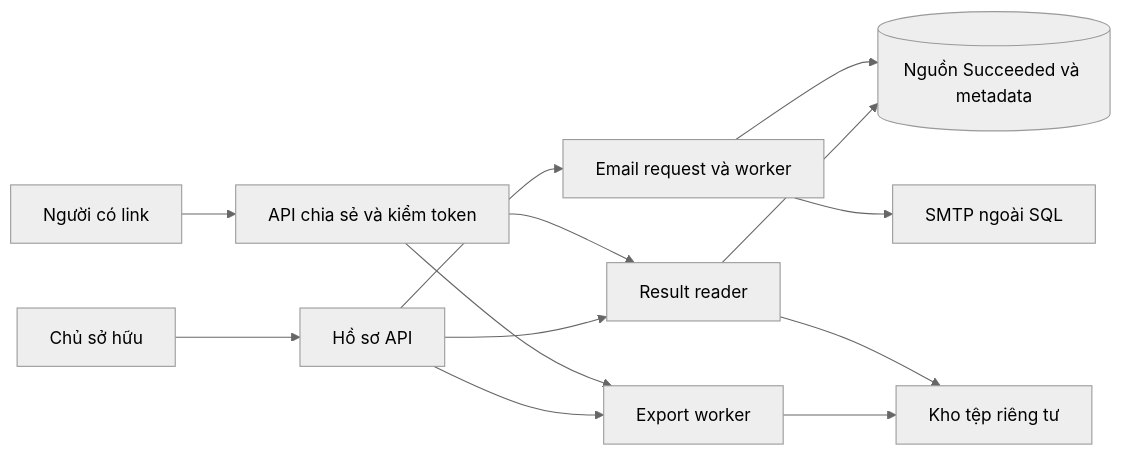
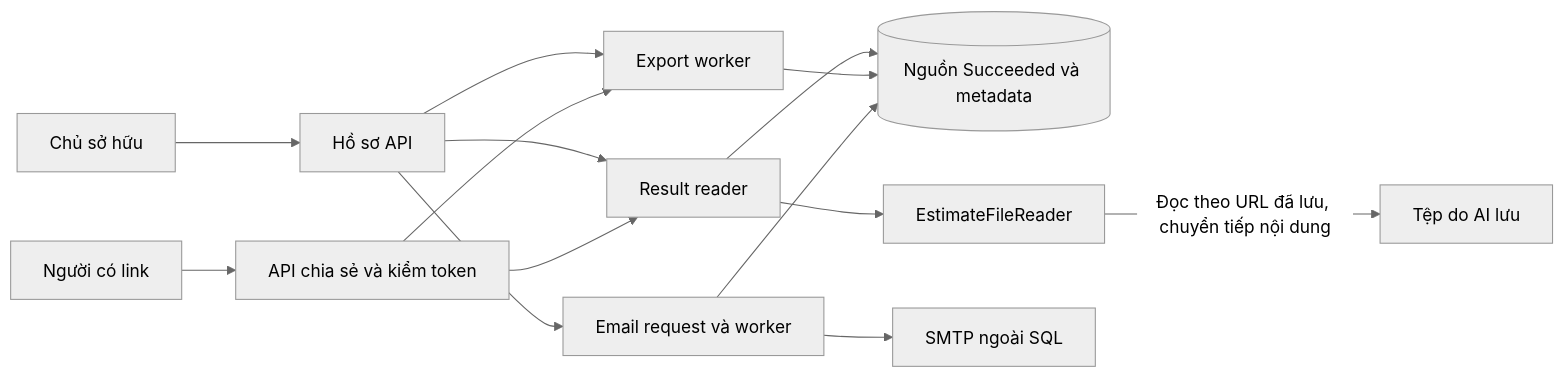
Before and after one commit to TaskCoper/bmt-documentation: the first of 5 diagrams in tdd/TDD-PROJ-003.md, drawn with Mermaid (neutral theme). The commit also changed other lines of this file and 25 other files, not shown here.

First line of the commit message:
docs: trả nợ tài liệu sau đợt 2 (CSRF, lưu URL cho PROJ/LIB, SUB, RBAC, PAY)

````diff
--- a/tdd/TDD-PROJ-003.md
+++ b/tdd/TDD-PROJ-003.md
@@ -93,15 +95,16 @@
 ```mermaid
 flowchart LR
     O[Chủ sở hữu] --> API[Hồ sơ API]
     V[Người có link] --> PUB[API chia sẻ và kiểm token]
     API --> R[Result reader]
     PUB --> R
     R --> DB[(Nguồn Succeeded và metadata)]
     API --> EX[Export worker]
     PUB --> EX
-    EX --> S[Kho tệp riêng tư]
-    R --> S
+    EX --> DB
+    R --> FR[EstimateFileReader]
+    FR -->|Đọc theo URL đã lưu, chuyển tiếp nội dung| S[Tệp do AI lưu]
     API --> EM[Email request và worker]
     EM --> SMTP[SMTP ngoài SQL]
     EM --> DB
 ```
````
